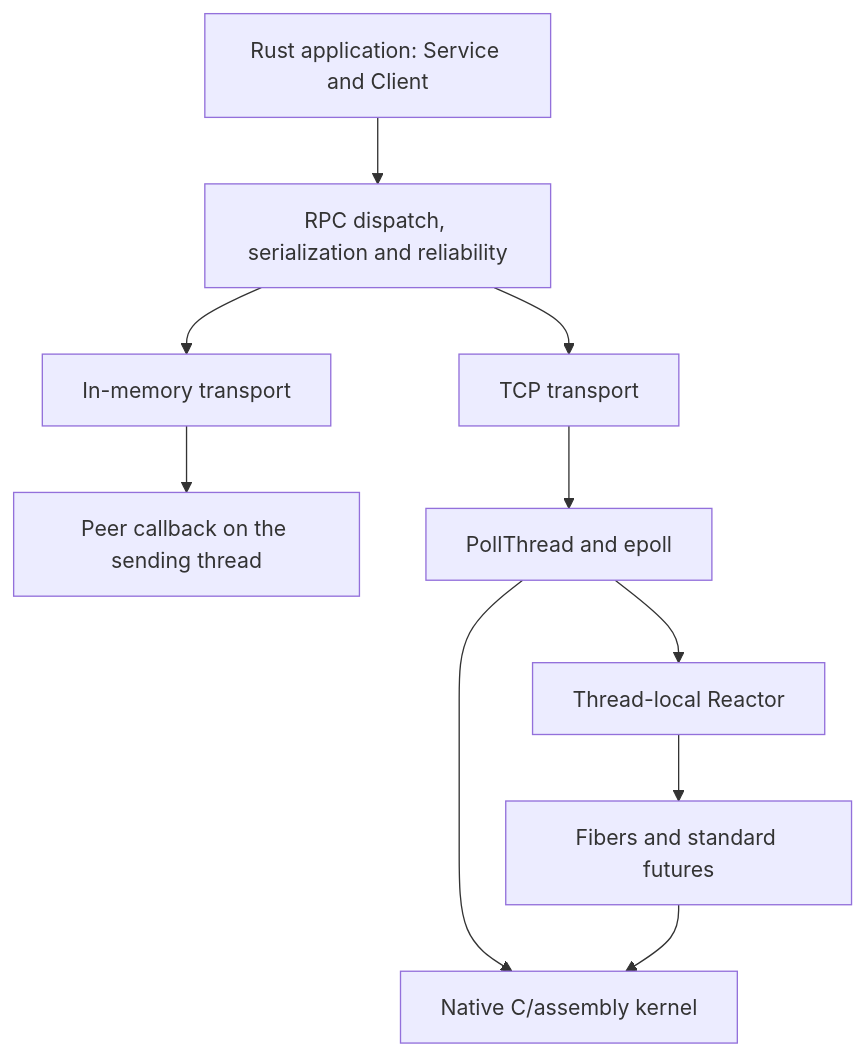
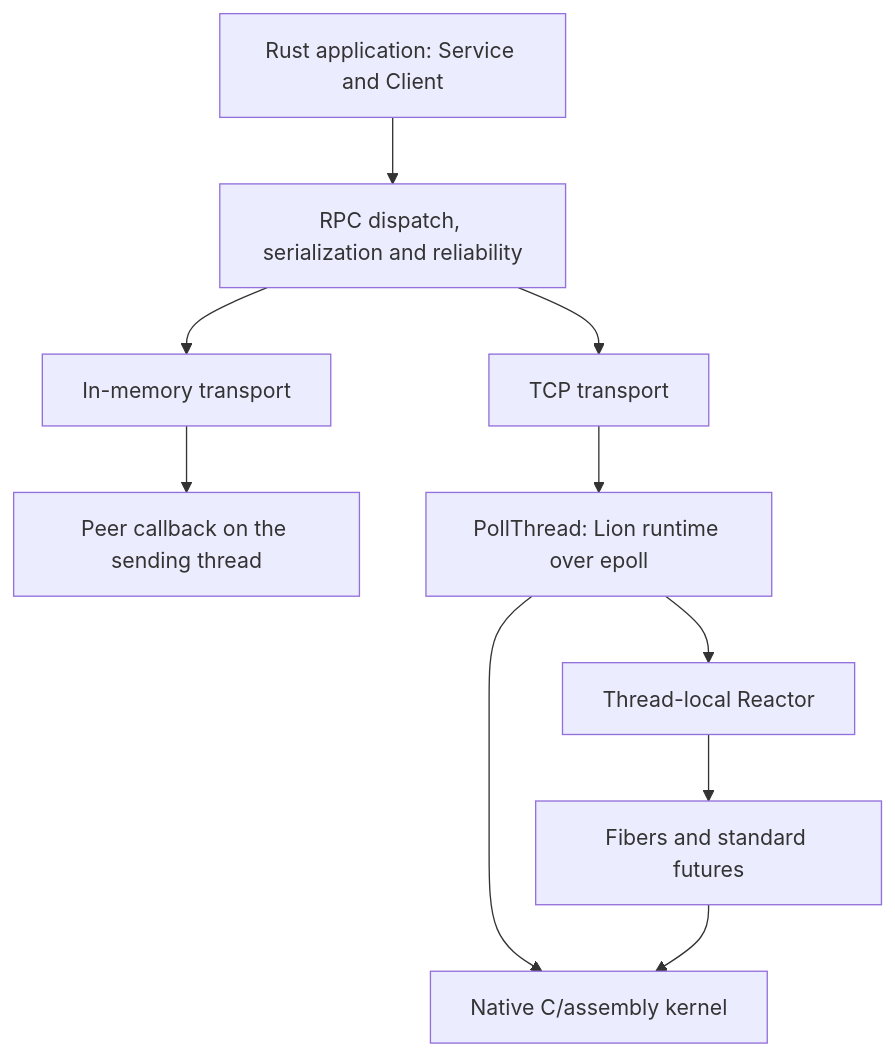
The diagram in docs/srpc-book.md (stonysystems/srpc), drawn with Mermaid before and after one commit. The commit also changed other lines of this file and 1 other file, not shown here.

````diff
--- a/docs/srpc-book.md
+++ b/docs/srpc-book.md
@@ -255,12 +255,12 @@
 ```mermaid
 flowchart TD
     App["Rust application: Service and Client"] --> RPC["RPC dispatch, serialization and reliability"]
     RPC --> TCP["TCP transport"]
     RPC --> Memory["In-memory transport"]
     Memory --> Inline["Peer callback on the sending thread"]
-    TCP --> Poll["PollThread and epoll"]
+    TCP --> Poll["PollThread: Lion runtime over epoll"]
     Poll --> Reactor["Thread-local Reactor"]
     Reactor --> Fiber["Fibers and standard futures"]
     Poll --> Native["Native C/assembly kernel"]
     Fiber --> Native
 ```
````
